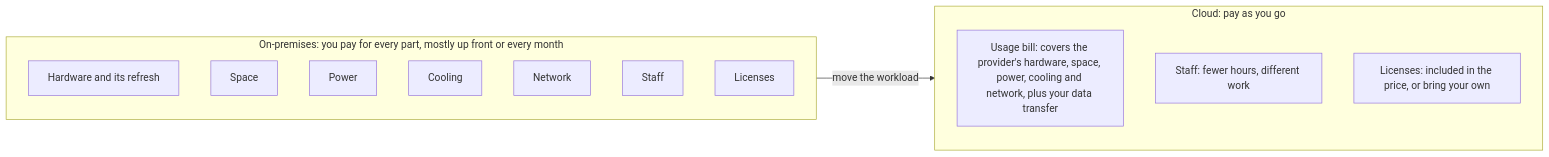
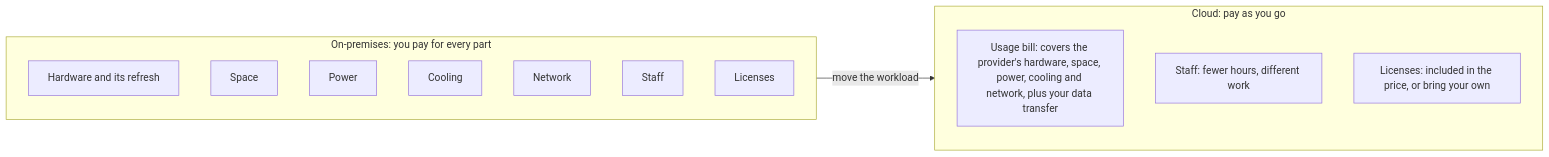
One commit to AutomateTheCloud/atc-study-aws_certified_cloud_practitioner changed the diagram in guide/02-why-the-cloud/04-what-a-data-center-really-costs.md. Above: the diagram before and after it, drawn with Mermaid. The commit also changed other lines of this file and 18 other files, not shown here.

````diff
--- a/guide/02-why-the-cloud/04-what-a-data-center-really-costs.md
+++ b/guide/02-why-the-cloud/04-what-a-data-center-really-costs.md
@@ -60,20 +48,20 @@
 ```mermaid
 flowchart LR
   accTitle: Where on-premises costs go in the cloud
   accDescr: On-premises, you pay for seven categories: hardware and its refresh, space, power, cooling, network, staff and licenses. When the workload moves to the cloud, five of them end up inside the usage bill, while staff (fewer hours, different work) and licenses (included or brought by you) stay with you in some form.
-  subgraph ONP["On-premises: you pay for every part, mostly up front or every month"]
+  subgraph ONP["On-premises: you pay for every part"]
     H["Hardware and its refresh"]
     S["Space"]
     P["Power"]
     C["Cooling"]
     N["Network"]
     T["Staff"]
     L["Licenses"]
   end
   subgraph CLD["Cloud: pay as you go"]
     U["Usage bill: covers the provider's hardware, space, power, cooling and network, plus your data transfer"]
     T2["Staff: fewer hours, different work"]
     L2["Licenses: included in the price, or bring your own"]
   end
   ONP -- "move the workload" --> CLD
 ```
````
